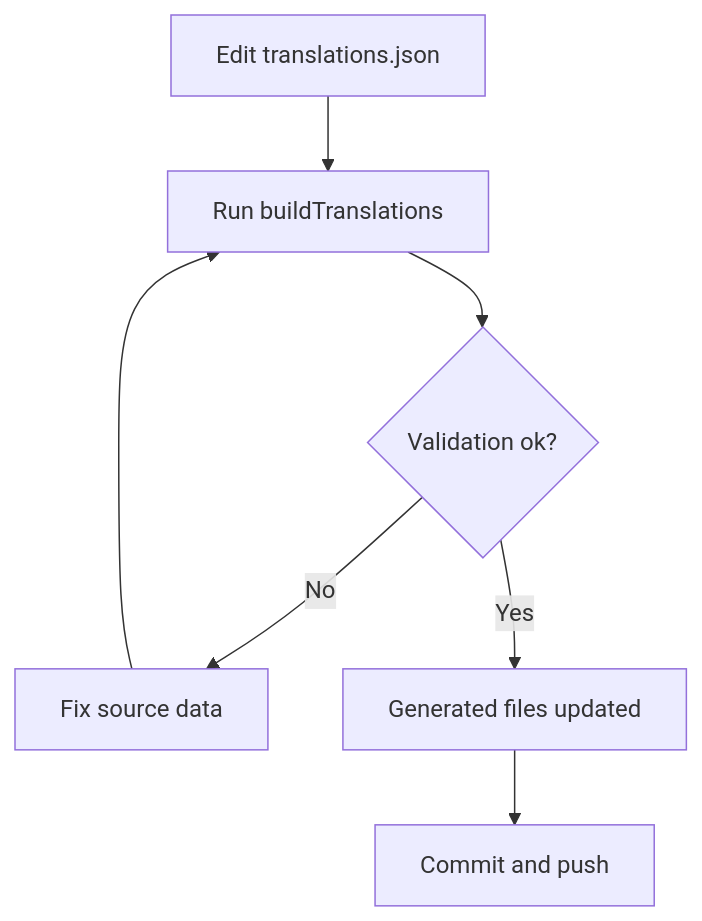
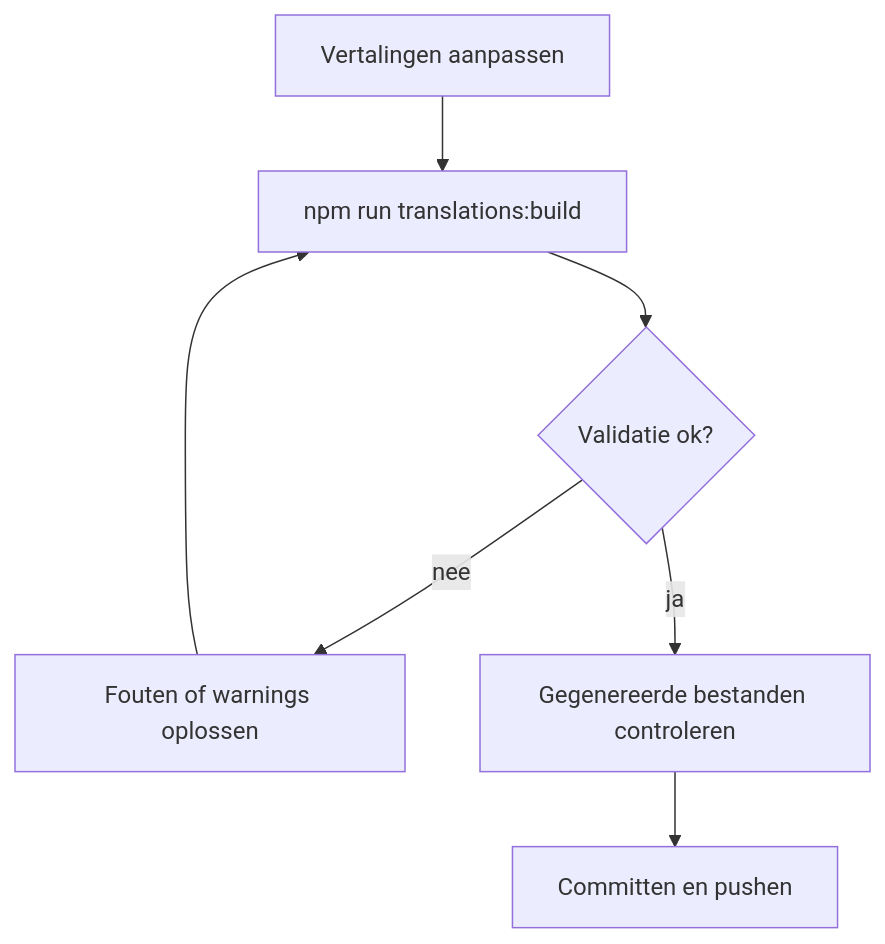
The second of 4 diagrams in README.md (PRAxISDEVELOPMENT/mypraxis_translation_keys), drawn with Mermaid before and after one commit. The commit also changed other lines of this file and 71 other files, not shown here.

````diff
--- a/README.md
+++ b/README.md
@@ -158,9 +110,9 @@
 ```mermaid
 flowchart TD
-    A[Edit translations.json] --> B[Run buildTranslations]
-    B --> C{Validation ok?}
-    C -- No --> D[Fix source data]
+    A[Vertalingen aanpassen] --> B[npm run translations:build]
+    B --> C{Validatie ok?}
+    C -- nee --> D[Fouten of warnings oplossen]
     D --> B
-    C -- Yes --> E[Generated files updated]
-    E --> F[Commit and push]
+    C -- ja --> E[Gegenereerde bestanden controleren]
+    E --> F[Committen en pushen]
 ```
````
